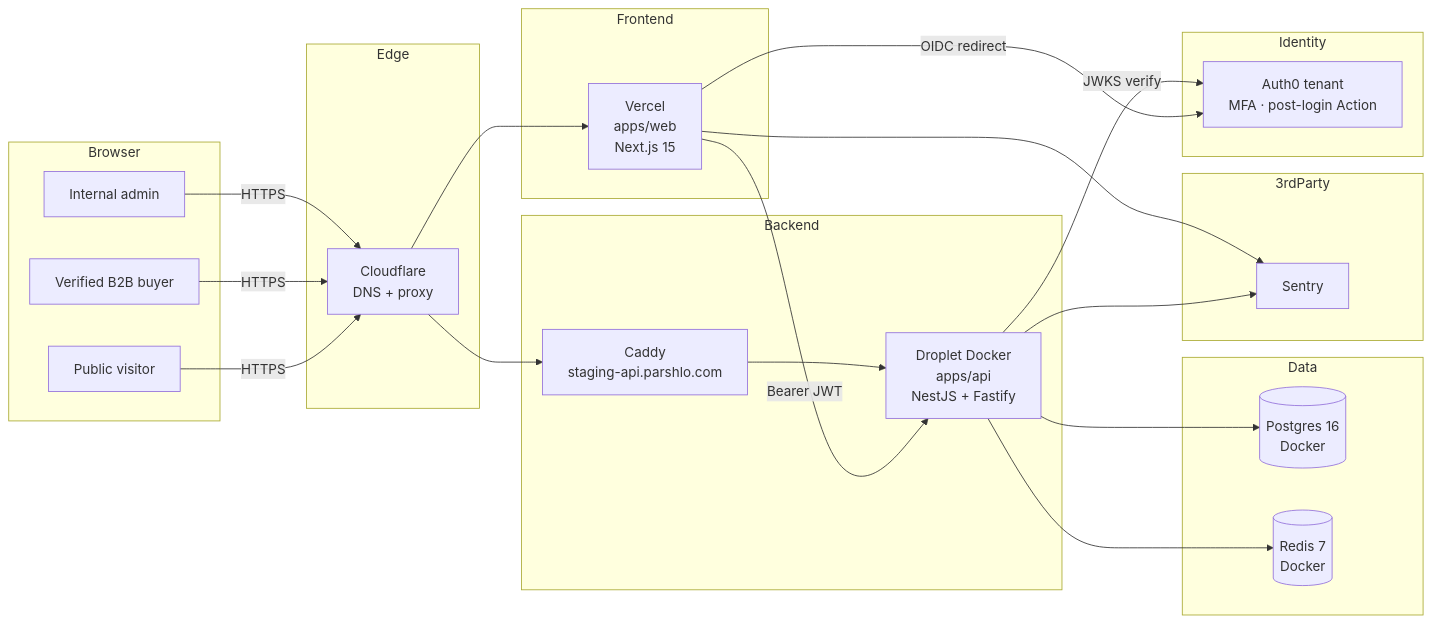
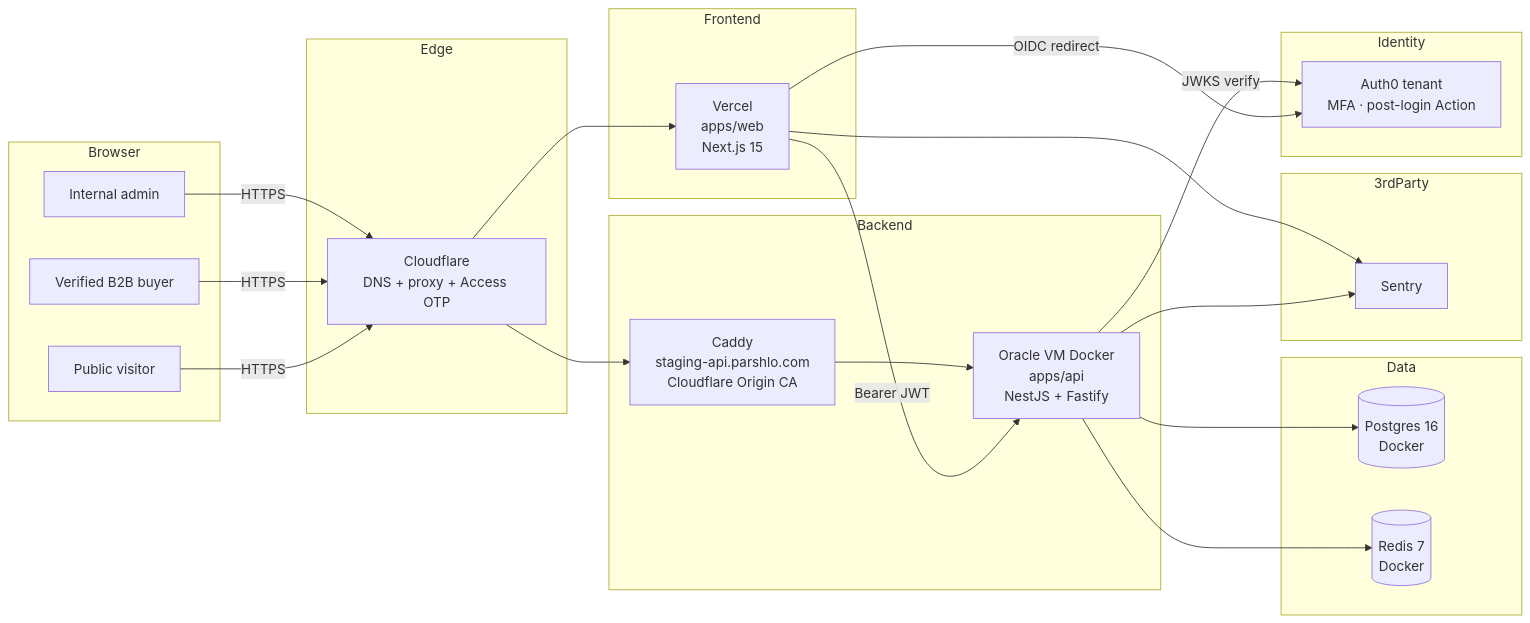
The first of 4 diagrams in docs/architecture.md (ParthBotre/parshlo), drawn with Mermaid before and after one commit. The commit also changed other lines of this file and 40 other files, not shown here.

Commit message:
feat(repo): add Cloudflare R2 product image management and update staging docs

````diff
--- a/docs/architecture.md
+++ b/docs/architecture.md
@@ -9,43 +9,43 @@
 ```mermaid
 flowchart LR
   subgraph Browser
     Public[Public visitor]
     Buyer[Verified B2B buyer]
     Admin[Internal admin]
   end
 
   subgraph Edge
-    CDN[Cloudflare<br/>DNS + proxy]
+    CDN[Cloudflare<br/>DNS + proxy + Access OTP]
   end
 
   subgraph Frontend
     Web[Vercel<br/>apps/web<br/>Next.js 15]
   end
 
   subgraph Identity
     Auth0[Auth0 tenant<br/>MFA · post-login Action]
   end
 
   subgraph Backend
-    Caddy[Caddy<br/>staging-api.parshlo.com]
-    API[Droplet Docker<br/>apps/api<br/>NestJS + Fastify]
+    Caddy[Caddy<br/>staging-api.parshlo.com<br/>Cloudflare Origin CA]
+    API[Oracle VM Docker<br/>apps/api<br/>NestJS + Fastify]
   end
 
   subgraph Data
     PG[(Postgres 16<br/>Docker)]
     Redis[(Redis 7<br/>Docker)]
   end
 
   subgraph 3rdParty
     Sentry[Sentry]
   end
 
   Public & Buyer & Admin -->|HTTPS| CDN --> Web
   Web -->|Bearer JWT| API
   Web -->|OIDC redirect| Auth0
   CDN --> Caddy --> API
   API -->|JWKS verify| Auth0
   API --> PG
   API --> Redis
   API & Web --> Sentry
 ```
````
